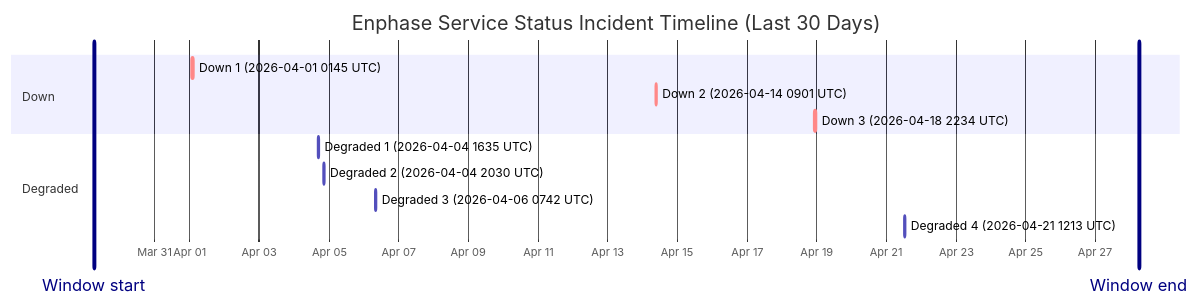
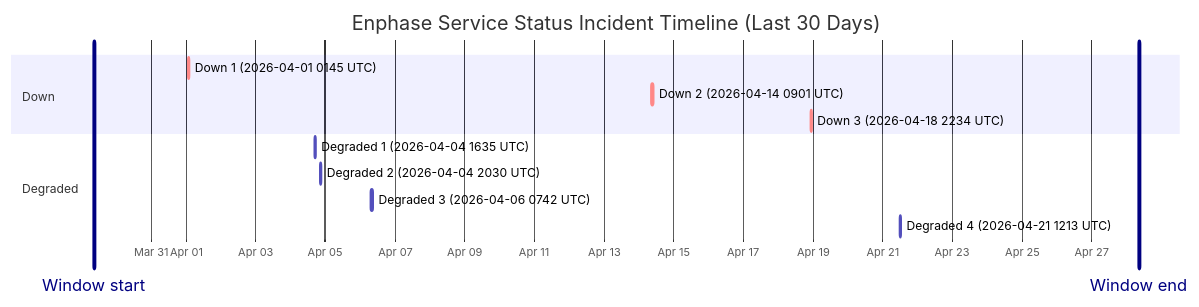
The diagram in wiki/Service-Status-History.md (barneyonline/ha-enphase-ev-charger), drawn with Mermaid before and after one commit. The commit also changed other lines of this file and 3 other files, not shown here.

````diff
--- a/wiki/Service-Status-History.md
+++ b/wiki/Service-Status-History.md
@@ -14,17 +14,17 @@
 ```mermaid
 gantt
     title Enphase Service Status Incident Timeline (Last 30 Days)
     dateFormat  YYYY-MM-DDTHH:mm:ss
     axisFormat  %b %d
-    Window start :vert, window-start, 2026-03-29T05:58:51, 0ms
-    Window end :vert, window-end, 2026-04-28T05:58:51, 0ms
+    Window start :vert, window-start, 2026-03-29T08:36:55, 0ms
+    Window end :vert, window-end, 2026-04-28T08:36:55, 0ms
     section Down
     Down 1 (2026-04-01 0145 UTC) :crit, down-1, 2026-04-01T01:45:09, 60m
     Down 2 (2026-04-14 0901 UTC) :crit, down-2, 2026-04-14T09:01:13, 60m
     Down 3 (2026-04-18 2234 UTC) :crit, down-3, 2026-04-18T22:34:13, 60m
     section Degraded
     Degraded 1 (2026-04-04 1635 UTC) :active, degraded-1, 2026-04-04T16:35:17, 60m
     Degraded 2 (2026-04-04 2030 UTC) :active, degraded-2, 2026-04-04T20:30:40, 60m
     Degraded 3 (2026-04-06 0742 UTC) :active, degraded-3, 2026-04-06T07:42:09, 85m
     Degraded 4 (2026-04-21 1213 UTC) :active, degraded-4, 2026-04-21T12:13:11, 60m
 ```
````
